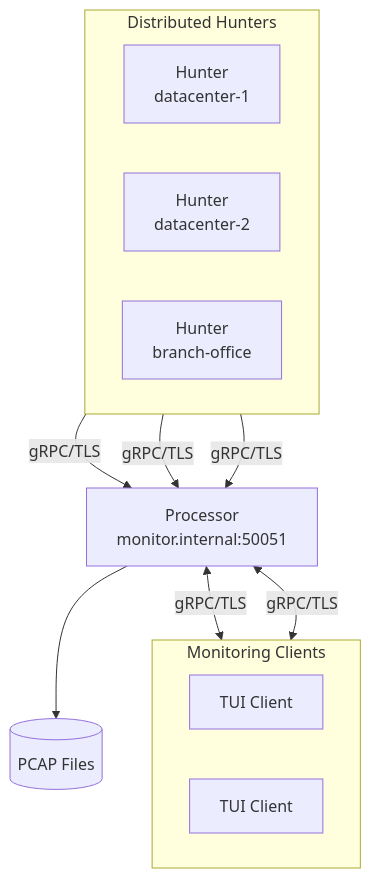
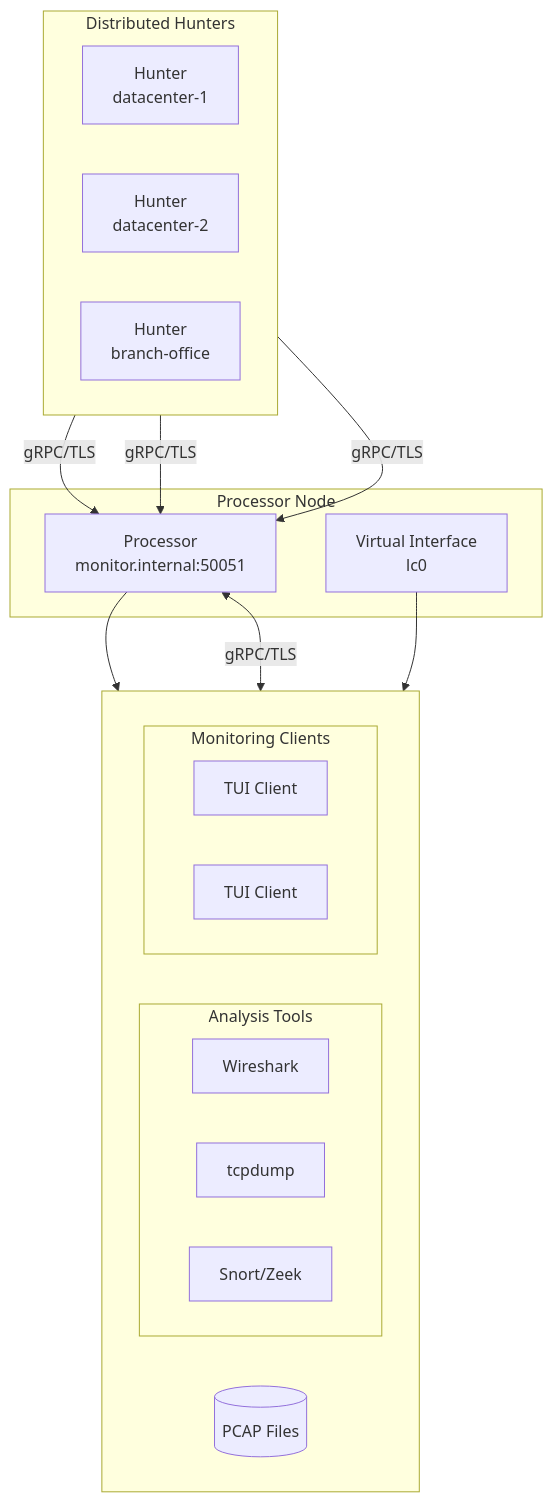
The diagram in README.md (endorses/lippycat), drawn with Mermaid before and after one commit. The commit also changed other lines of this file, not shown here.

First line of the commit message:
docs(readme): update for multi-protocol support and virtual interface

````diff
--- a/README.md
+++ b/README.md
@@ -227,25 +249,39 @@
 ```mermaid
 flowchart TB
     subgraph Edge["Distributed Hunters"]
         direction LR
         H1[Hunter<br/>datacenter-1]
         H2[Hunter<br/>datacenter-2]
         H3[Hunter<br/>branch-office]
     end
 
-    P[Processor<br/>monitor.internal:50051]
-    PCAP[(PCAP Files)]
+    subgraph Processor["Processor Node"]
+        P[Processor<br/>monitor.internal:50051]
+        VIRT[Virtual Interface<br/>lc0]
+    end
 
-    subgraph Clients["Monitoring Clients"]
+    subgraph Outputs[" "]
         direction LR
-        TUI1[TUI Client]
-        TUI2[TUI Client]
+        subgraph Tools["Analysis Tools"]
+            direction LR
+            WS[Wireshark]
+            TD[tcpdump]
+            SNORT[Snort/Zeek]
+        end
+
+        PCAP[(PCAP Files)]
+
+        subgraph Clients["Monitoring Clients"]
+            direction LR
+            TUI1[TUI Client]
+            TUI2[TUI Client]
+        end
     end
 
     H1 -->|gRPC/TLS| P
     H2 -->|gRPC/TLS| P
     H3 -->|gRPC/TLS| P
+    VIRT --> Tools
     P --> PCAP
-    P <-->|gRPC/TLS| TUI1
-    P <-->|gRPC/TLS| TUI2
+    P <-->|gRPC/TLS| Clients
 ```
````
